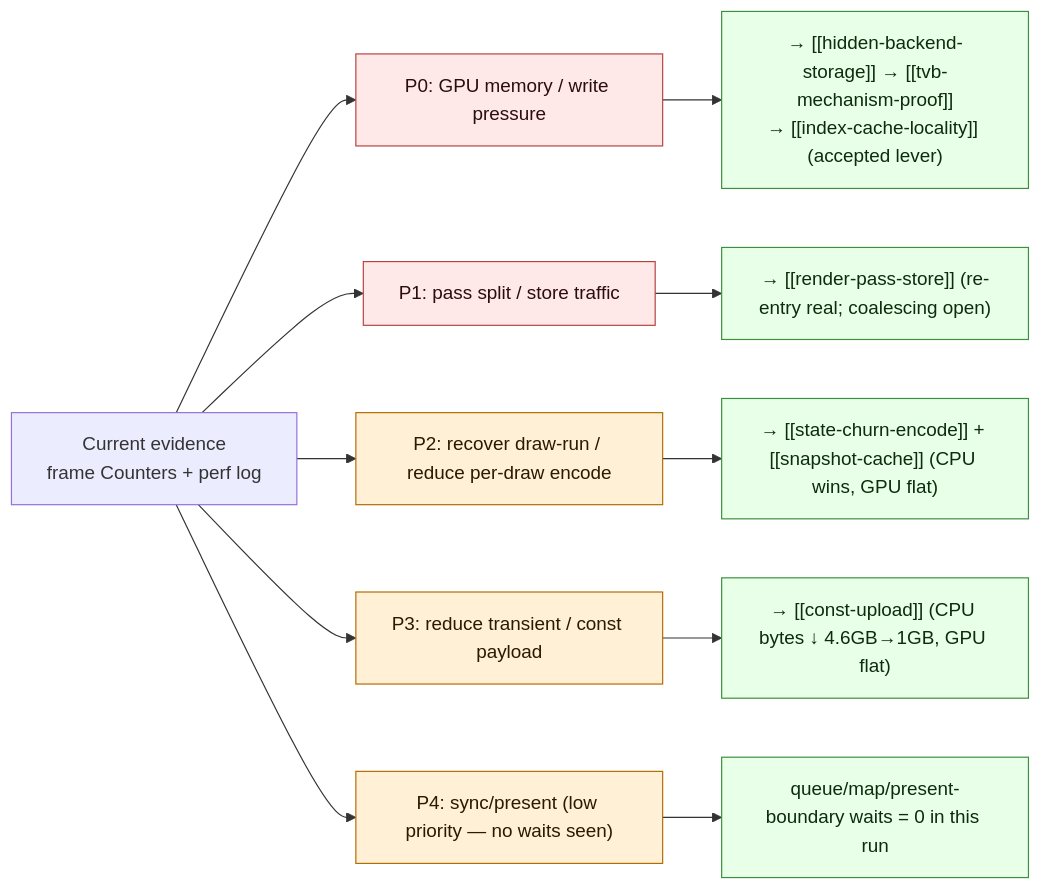
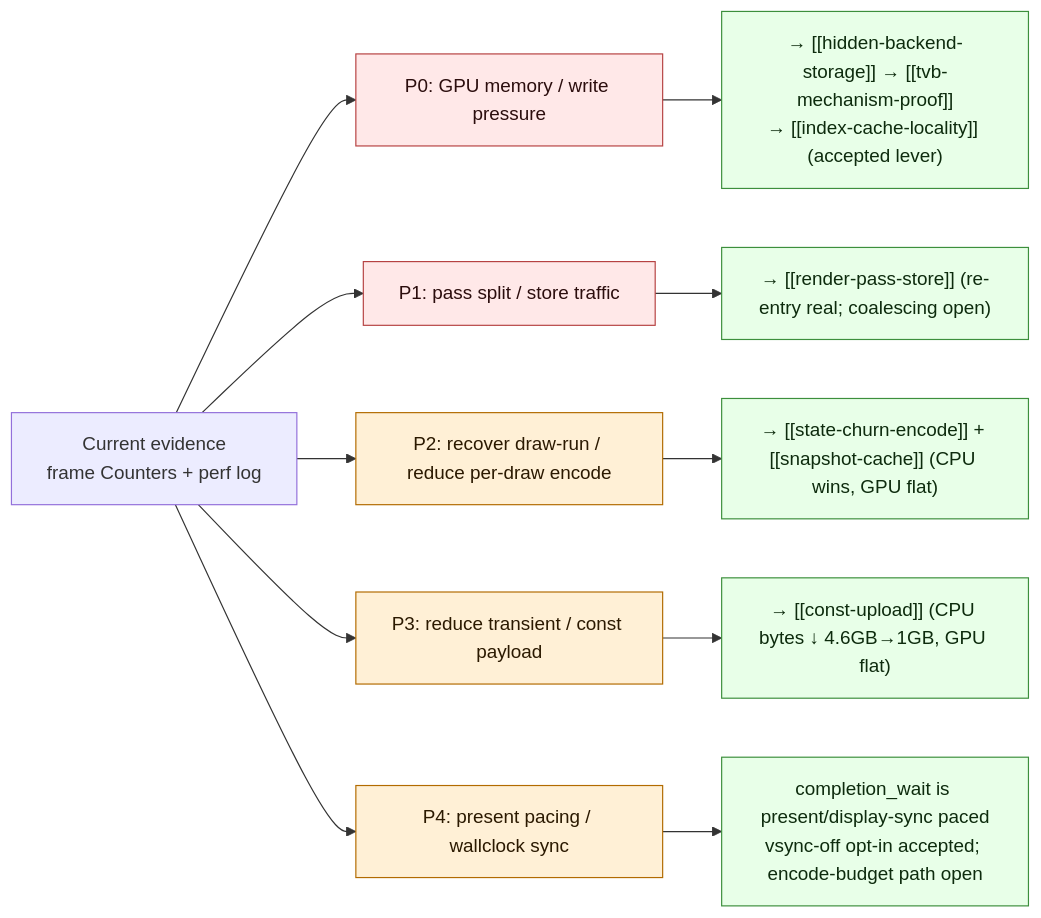
Before and after one commit to dfdgsdfg/dxmt9: the second of 3 diagrams in docs/perfomance/overview-3dmark05-gt1.md, drawn with Mermaid. The commit also changed other lines of this file and 92 other files, not shown here.

````diff
--- a/docs/perfomance/overview-3dmark05-gt1.md
+++ b/docs/perfomance/overview-3dmark05-gt1.md
@@ -97,21 +108,21 @@
 ```mermaid
 flowchart LR
   Start["Current evidence\nframe Counters + perf log"] --> P0["P0: GPU memory / write pressure"]
   Start --> P1["P1: pass split / store traffic"]
   Start --> P2["P2: recover draw-run / reduce per-draw encode"]
   Start --> P3["P3: reduce transient / const payload"]
-  Start --> P4["P4: sync/present (low priority — no waits seen)"]
+  Start --> P4["P4: present pacing / wallclock sync"]
 
   P0 --> P0r["→ [[hidden-backend-storage]] → [[tvb-mechanism-proof]]\n→ [[index-cache-locality]] (accepted lever)"]
   P1 --> P1r["→ [[render-pass-store]] (re-entry real; coalescing open)"]
   P2 --> P2r["→ [[state-churn-encode]] + [[snapshot-cache]] (CPU wins, GPU flat)"]
   P3 --> P3r["→ [[const-upload]] (CPU bytes ↓ 4.6GB→1GB, GPU flat)"]
-  P4 --> P4r["queue/map/present-boundary waits = 0 in this run"]
+  P4 --> P4r["completion_wait is present/display-sync paced\nvsync-off opt-in accepted; encode-budget path open"]
 
   classDef p0 fill:#ffe8e8,stroke:#b64242,color:#2b0d0d
   classDef p1 fill:#fff0d6,stroke:#b26b00,color:#2b1900
   classDef act fill:#e8ffe8,stroke:#3c8f3c,color:#0d2b0d
   class P0,P1 p0
   class P2,P3,P4 p1
   class P0r,P1r,P2r,P3r,P4r act
 ```
````
